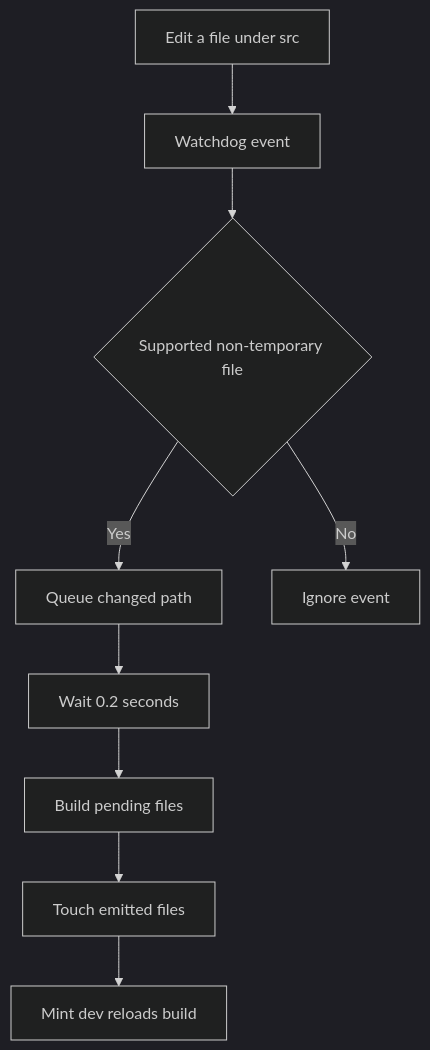
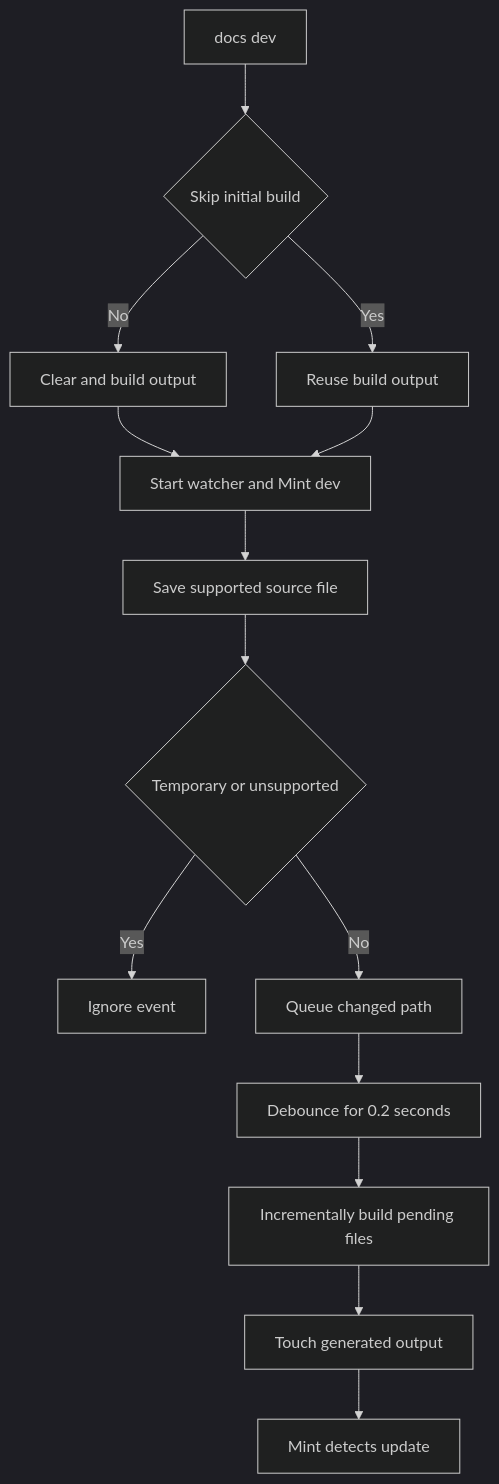
Before and after one commit to langchain-ai/docs: the diagram in openwiki/operations/cli-tools.md, drawn with Mermaid (dark theme). The commit also changed other lines of this file and 26 other files, not shown here.

````diff
--- a/openwiki/operations/cli-tools.md
+++ b/openwiki/operations/cli-tools.md
@@ -63,11 +92,16 @@
 ```mermaid
 flowchart TD
-    Edit["Edit a file under src"] --> Event["Watchdog event"]
-    Event --> Filter{"Supported non-temporary file"}
-    Filter -->|"Yes"| Queue["Queue changed path"]
-    Queue --> Debounce["Wait 0.2 seconds"]
-    Debounce --> Incremental["Build pending files"]
-    Incremental --> Touch["Touch emitted files"]
-    Touch --> Mint["Mint dev reloads build"]
-    Filter -->|"No"| Ignore["Ignore event"]
+    Start["docs dev"] --> Initial{"Skip initial build"}
+    Initial -->|"No"| Full["Clear and build output"]
+    Initial -->|"Yes"| Existing["Reuse build output"]
+    Full --> Services["Start watcher and Mint dev"]
+    Existing --> Services
+    Services --> Edit["Save supported source file"]
+    Edit --> Filter{"Temporary or unsupported"}
+    Filter -->|"Yes"| Ignore["Ignore event"]
+    Filter -->|"No"| Queue["Queue changed path"]
+    Queue --> Delay["Debounce for 0.2 seconds"]
+    Delay --> Rebuild["Incrementally build pending files"]
+    Rebuild --> Touch["Touch generated output"]
+    Touch --> Preview["Mint detects update"]
 ```
````
